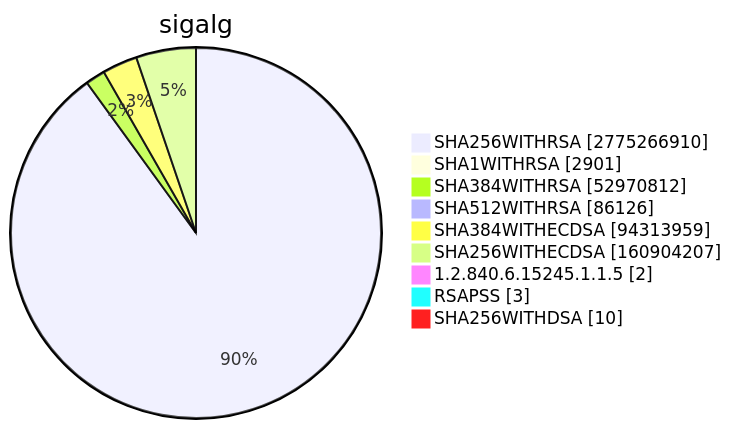
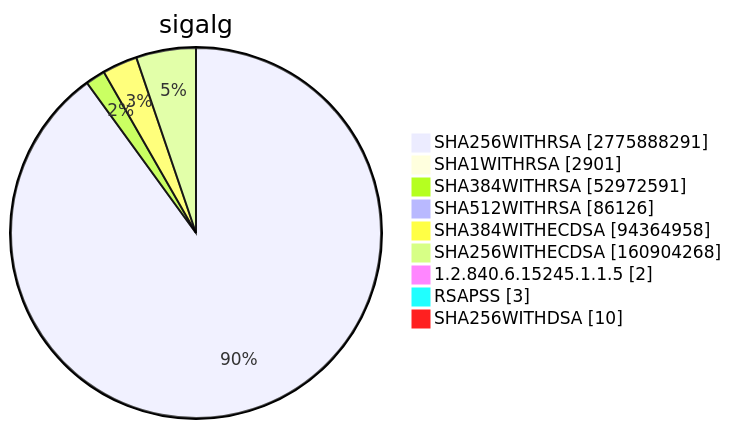
One commit to christiankrug/ctmonitor_visualization changed diagram 15 of 15 in TOTAL/README.md. Above: the diagram before and after it, drawn with Mermaid. The commit also changed other lines of this file, not shown here.

````diff
--- a/TOTAL/README.md
+++ b/TOTAL/README.md
@@ -6207,13 +6207,13 @@
 ```mermaid
 pie showData
 title sigalg
-"SHA256WITHRSA" :2775266910
+"SHA256WITHRSA" :2775888291
 "SHA1WITHRSA" :2901
-"SHA384WITHRSA" :52970812
+"SHA384WITHRSA" :52972591
 "SHA512WITHRSA" :86126
-"SHA384WITHECDSA" :94313959
-"SHA256WITHECDSA" :160904207
+"SHA384WITHECDSA" :94364958
+"SHA256WITHECDSA" :160904268
 "1.2.840.6.15245.1.1.5" :2
 "RSAPSS" :3
 "SHA256WITHDSA" :10
 ```
````
